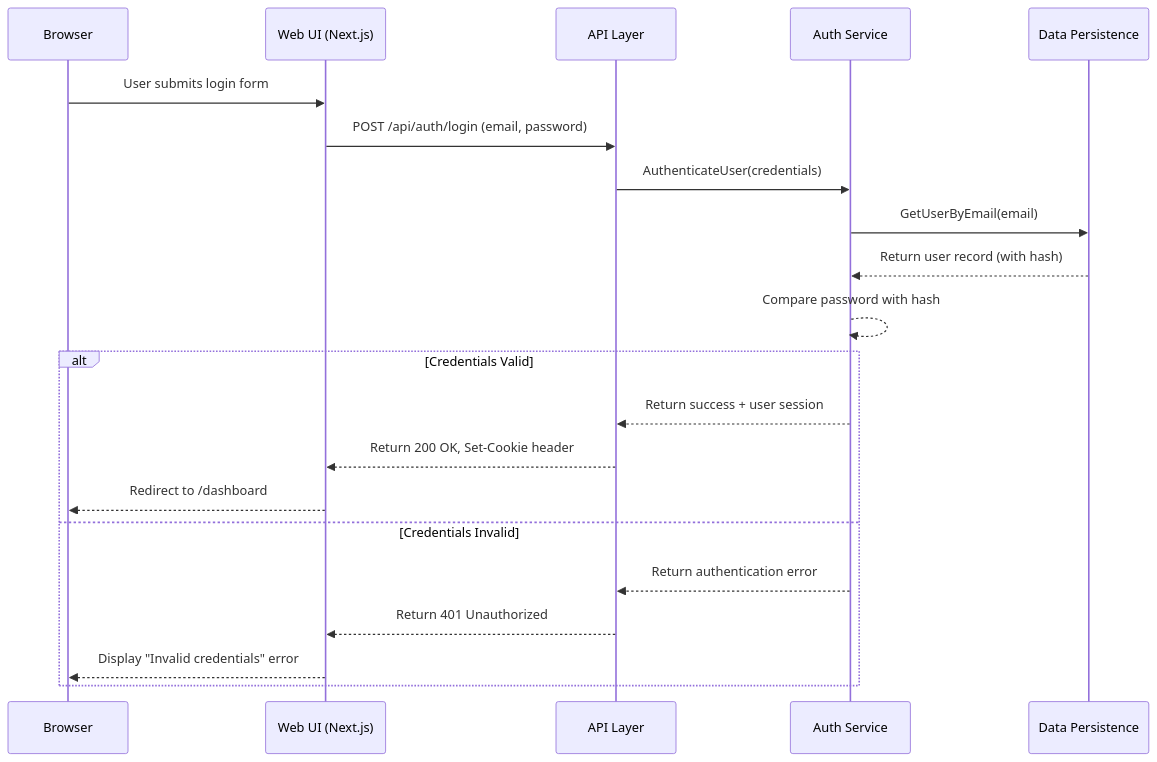
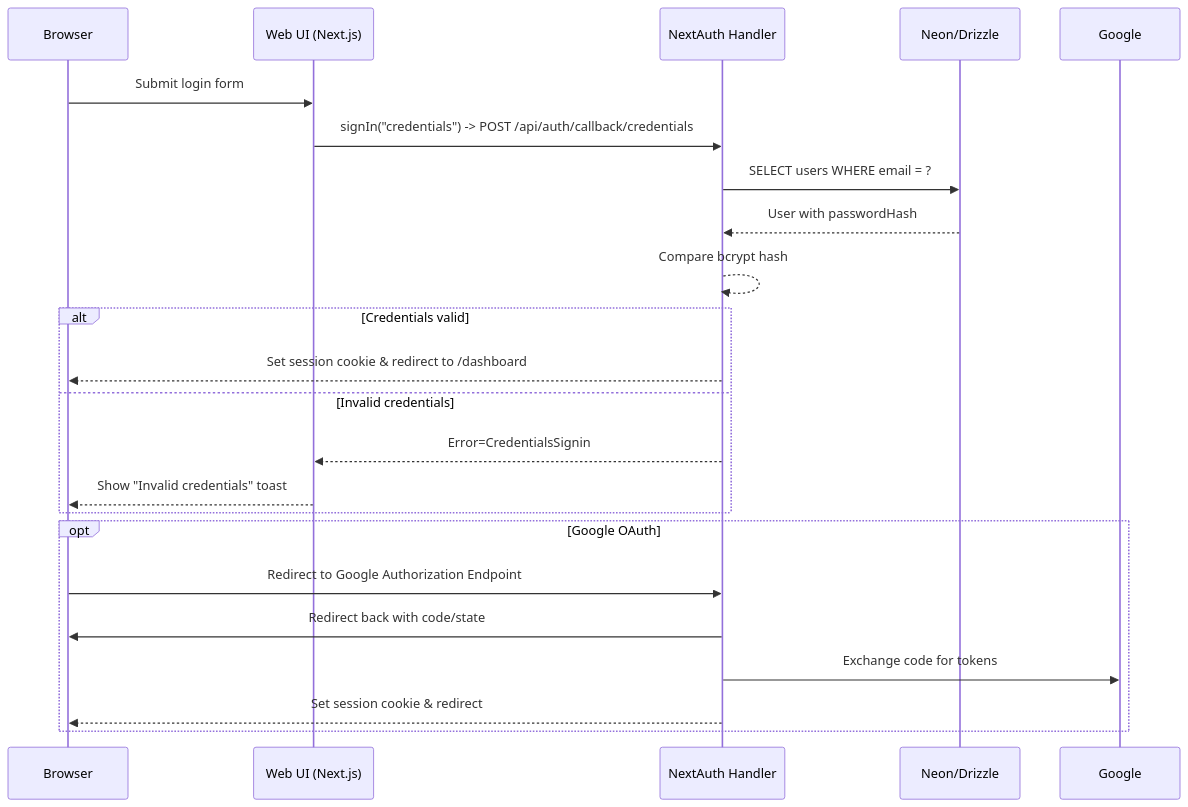
One commit to CadBane-ai/PriceControl-AI2 changed the first of 7 diagrams in docs/architecture/8-core-workflows.md. Above: the diagram before and after it, drawn with Mermaid. The commit also changed other lines of this file and 89 other files, not shown here.

````diff
--- a/docs/architecture/8-core-workflows.md
+++ b/docs/architecture/8-core-workflows.md
@@ -4,24 +4,25 @@
 ```mermaid
 sequenceDiagram
     participant Browser
     participant WebUI as Web UI (Next.js)
-    participant APILayer as API Layer
-    participant AuthService as Auth Service
-    participant DataService as Data Persistence
+    participant NextAuth as NextAuth Handler
+    participant DataService as Neon/Drizzle
 
-    Browser->>WebUI: User submits login form
-    WebUI->>APILayer: POST /api/auth/login (email, password)
-    APILayer->>AuthService: AuthenticateUser(credentials)
-    AuthService->>DataService: GetUserByEmail(email)
-    DataService-->>AuthService: Return user record (with hash)
-    AuthService-->>AuthService: Compare password with hash
-    alt Credentials Valid
-        AuthService-->>APILayer: Return success + user session
-        APILayer-->>WebUI: Return 200 OK, Set-Cookie header
-        WebUI-->>Browser: Redirect to /dashboard
-    else Credentials Invalid
-        AuthService-->>APILayer: Return authentication error
-        APILayer-->>WebUI: Return 401 Unauthorized
-        WebUI-->>Browser: Display "Invalid credentials" error
+    Browser->>WebUI: Submit login form
+    WebUI->>NextAuth: signIn("credentials") -> POST /api/auth/callback/credentials
+    NextAuth->>DataService: SELECT users WHERE email = ?
+    DataService-->>NextAuth: User with passwordHash
+    NextAuth-->>NextAuth: Compare bcrypt hash
+    alt Credentials valid
+        NextAuth-->>Browser: Set session cookie & redirect to /dashboard
+    else Invalid credentials
+        NextAuth-->>WebUI: Error=CredentialsSignin
+        WebUI-->>Browser: Show "Invalid credentials" toast
+    end
+    opt Google OAuth
+        Browser->>NextAuth: Redirect to Google Authorization Endpoint
+        NextAuth->>Browser: Redirect back with code/state
+        NextAuth->>Google: Exchange code for tokens
+        NextAuth-->>Browser: Set session cookie & redirect
     end
 ```
````
